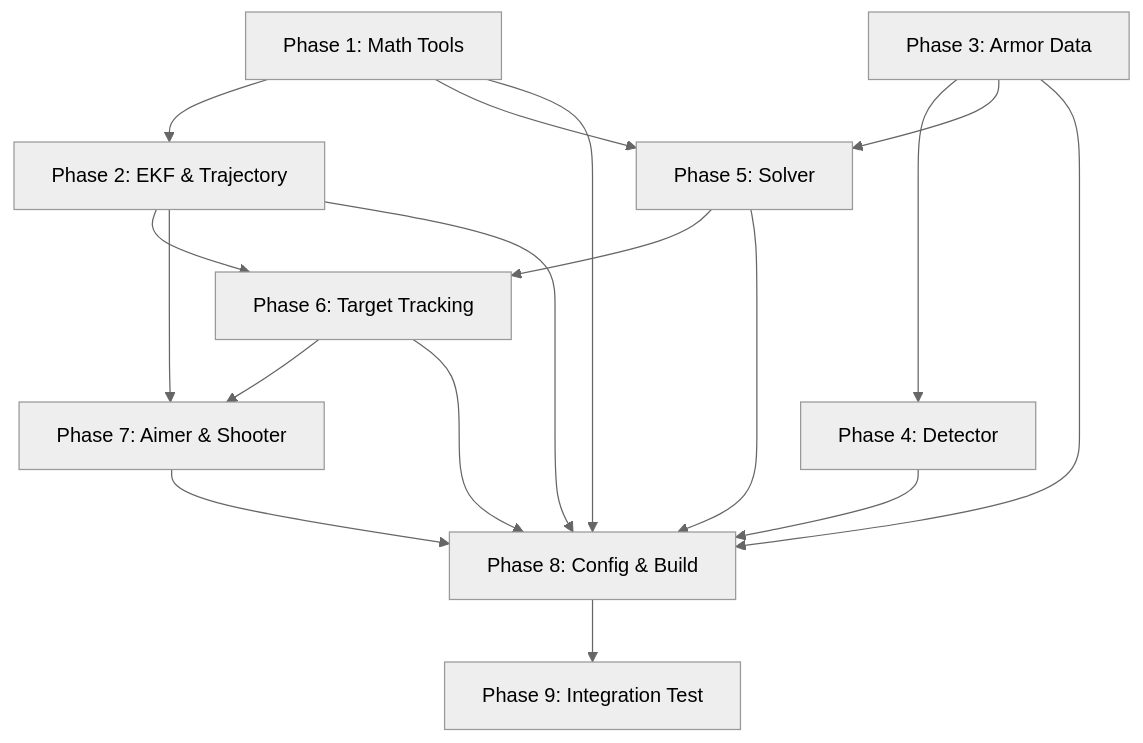
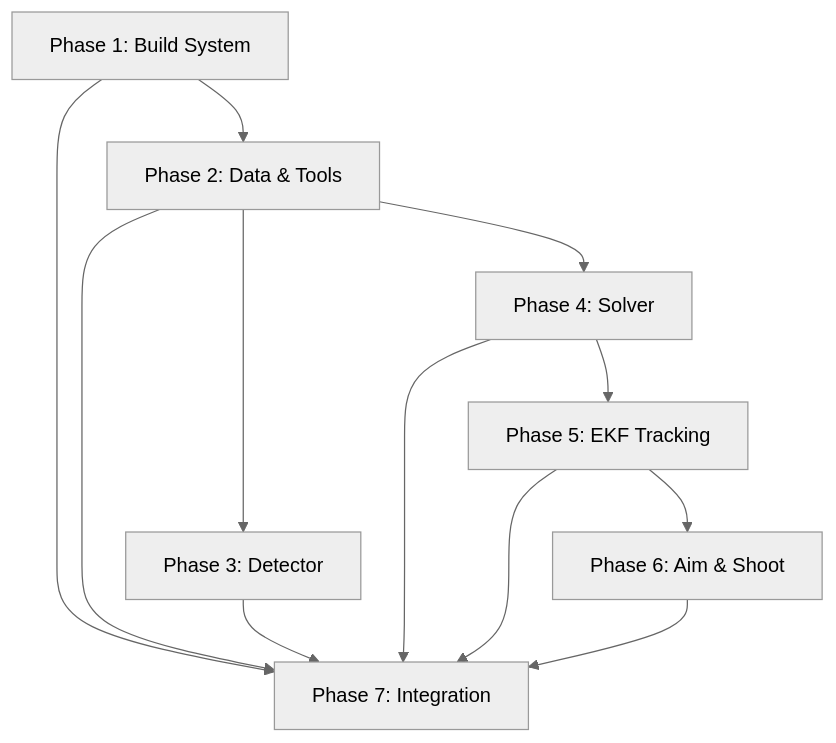
The diagram in .planning/ROADMAP.md (yjh051108/TGU_Robocore_2027), drawn with Mermaid (neutral theme) before and after one commit. The commit also changed other lines of this file and 2 other files, not shown here.

First line of the commit message:
docs: restructure roadmap and requirements to 7-phase plan

````diff
--- a/.planning/ROADMAP.md
+++ b/.planning/ROADMAP.md
@@ -154,19 +108,14 @@
 ```mermaid
 graph TD
-    P1[Phase 1: Math Tools] --> P2[Phase 2: EKF & Trajectory]
-    P3[Phase 3: Armor Data] --> P4[Phase 4: Detector]
-    P1 --> P5[Phase 5: Solver]
-    P3 --> P5
-    P2 --> P6[Phase 6: Target Tracking]
-    P5 --> P6
-    P2 --> P7[Phase 7: Aimer & Shooter]
+    P1[Phase 1: Build System] --> P2[Phase 2: Data & Tools]
+    P2 --> P3[Phase 3: Detector]
+    P2 --> P4[Phase 4: Solver]
+    P4 --> P5[Phase 5: EKF Tracking]
+    P5 --> P6[Phase 6: Aim & Shoot]
+    P1 --> P7[Phase 7: Integration]
+    P2 --> P7
+    P3 --> P7
+    P4 --> P7
+    P5 --> P7
     P6 --> P7
-    P1 --> P8[Phase 8: Config & Build]
-    P2 --> P8
-    P3 --> P8
-    P4 --> P8
-    P5 --> P8
-    P6 --> P8
-    P7 --> P8
-    P8 --> P9[Phase 9: Integration Test]
 ```
````
